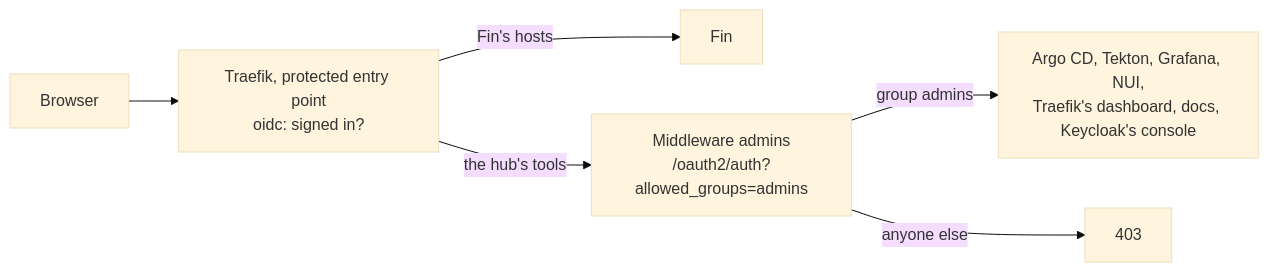
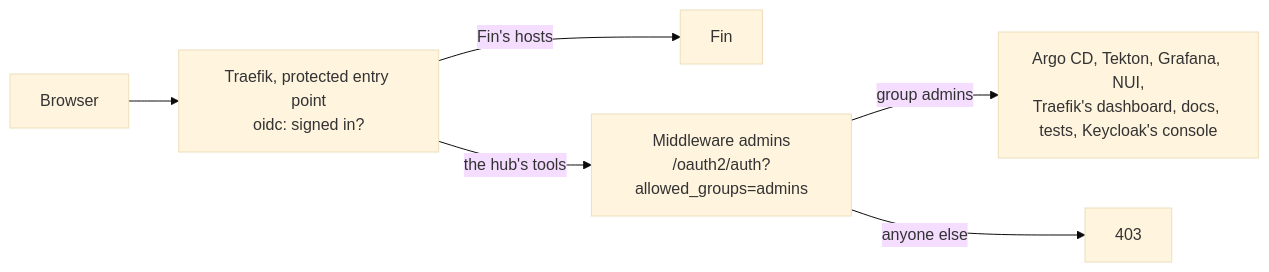
One commit to arikkfir-org/delivery changed the diagram in docs/delivery/designs/admins-only.md. Above: the diagram before and after it, drawn with Mermaid (base theme). The commit also changed other lines of this file and 13 other files, not shown here.

````diff
--- a/docs/delivery/designs/admins-only.md
+++ b/docs/delivery/designs/admins-only.md
@@ -18,8 +18,8 @@
 ```mermaid
 flowchart LR
   B[Browser] --> T["Traefik, protected entry point<br/>oidc: signed in?"]
   T -->|"Fin's hosts"| F[Fin]
   T -->|"the hub's tools"| A["Middleware admins<br/>/oauth2/auth?allowed_groups=admins"]
-  A -->|"group admins"| Tools["Argo CD, Tekton, Grafana, NUI,<br/>Traefik's dashboard, docs, Keycloak's console"]
+  A -->|"group admins"| Tools["Argo CD, Tekton, Grafana, NUI,<br/>Traefik's dashboard, docs, tests, Keycloak's console"]
   A -->|"anyone else"| X["403"]
 ```
````
